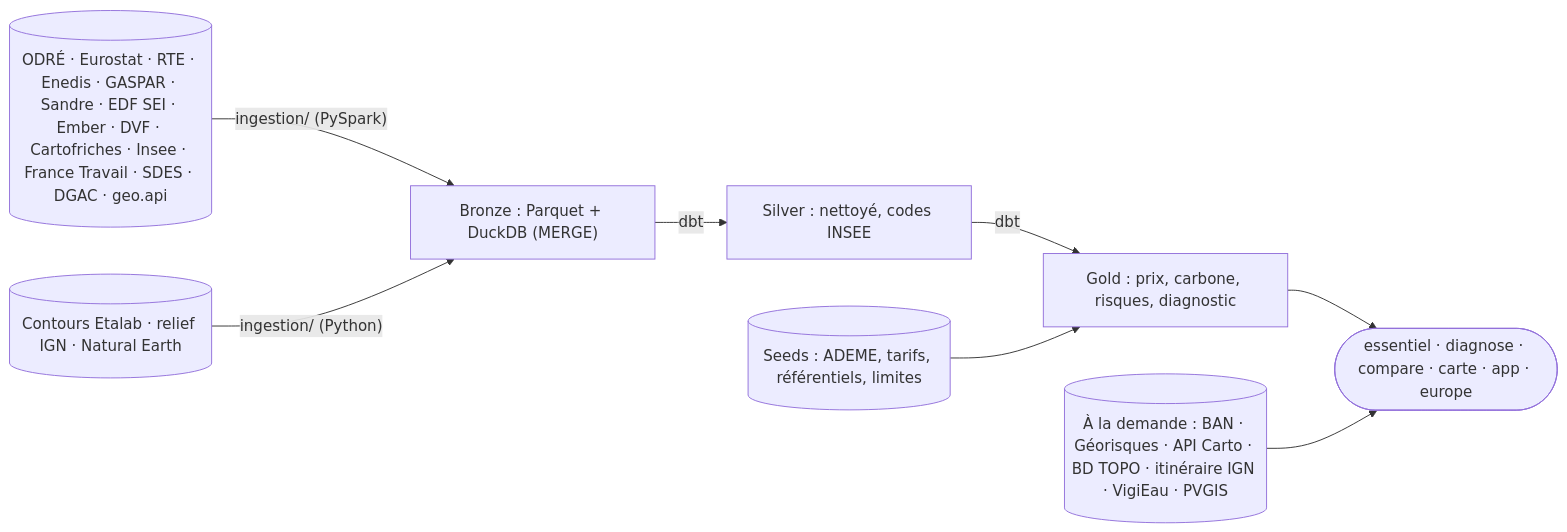
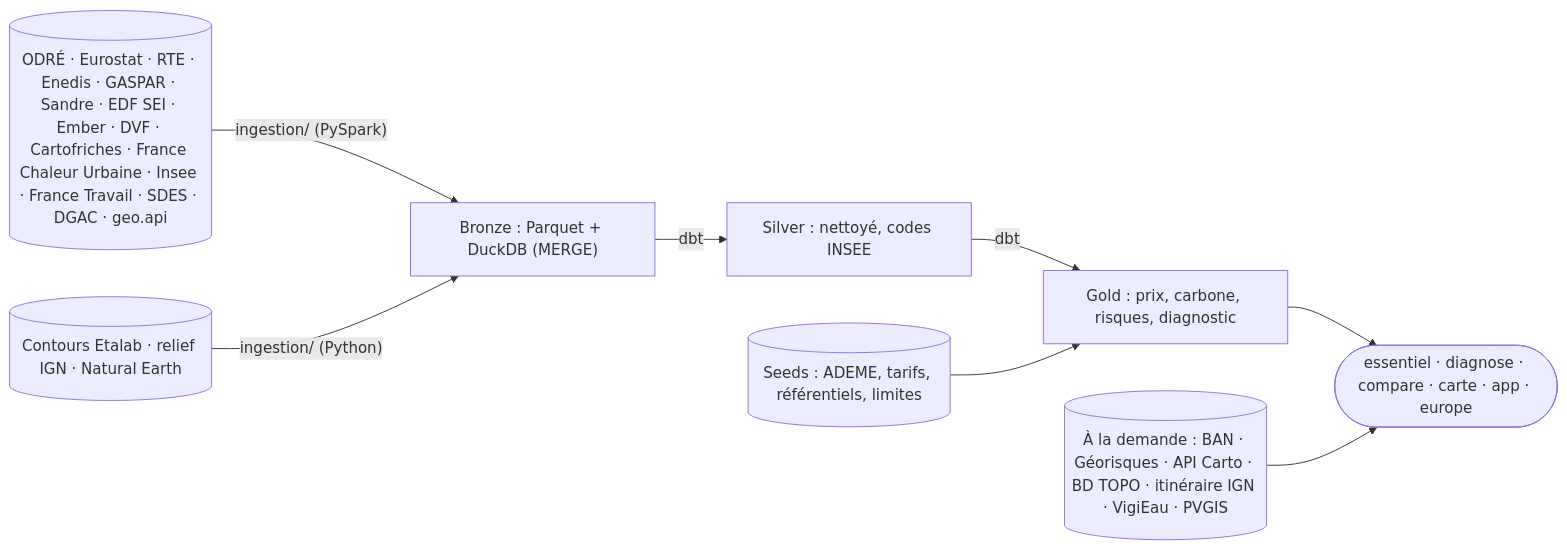
One commit to Elias-Ouafi/ou-brancher-mon-entreprise changed the diagram in README.md. Above: the diagram before and after it, drawn with Mermaid. The commit also changed other lines of this file and 32 other files, not shown here.

First line of the commit message:
Réseaux de chaleur à moins de 10 km (France Chaleur Urbaine)

````diff
--- a/README.md
+++ b/README.md
@@ -253,10 +253,10 @@
 ```mermaid
 flowchart LR
-    SRC[("ODRÉ · Eurostat · RTE · Enedis · GASPAR · Sandre · EDF SEI · Ember · DVF · Cartofriches · Insee · France Travail · SDES · DGAC · geo.api")] -->|"ingestion/ (PySpark)"| B["Bronze : Parquet + DuckDB (MERGE)"]
+    SRC[("ODRÉ · Eurostat · RTE · Enedis · GASPAR · Sandre · EDF SEI · Ember · DVF · Cartofriches · France Chaleur Urbaine · Insee · France Travail · SDES · DGAC · geo.api")] -->|"ingestion/ (PySpark)"| B["Bronze : Parquet + DuckDB (MERGE)"]
     B -->|dbt| S["Silver : nettoyé, codes INSEE"]
     S -->|dbt| G["Gold : prix, carbone, risques, diagnostic"]
     SEEDS[("Seeds : ADEME, tarifs, référentiels, limites")] --> G
     GEO[("Contours Etalab · relief IGN · Natural Earth")] -->|"ingestion/ (Python)"| B
     G --> CLI(["essentiel · diagnose · compare · carte · app · europe"])
     BAN[("À la demande : BAN · Géorisques · API Carto · BD TOPO · itinéraire IGN · VigiEau · PVGIS")] --> CLI
 ```
````
